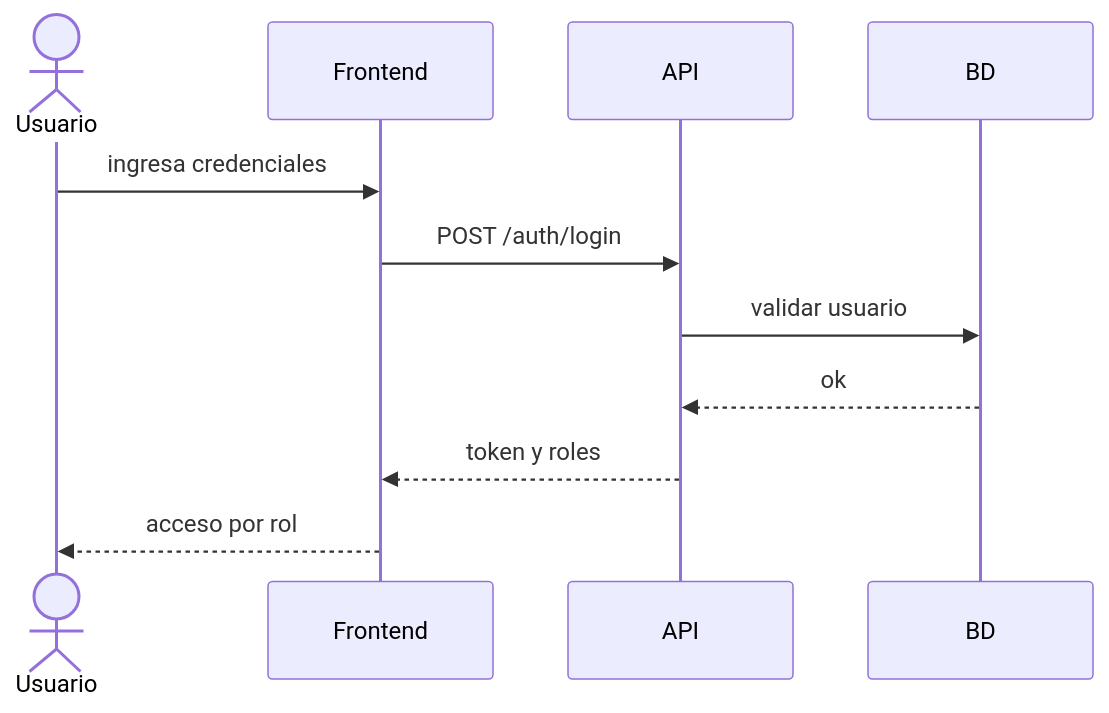
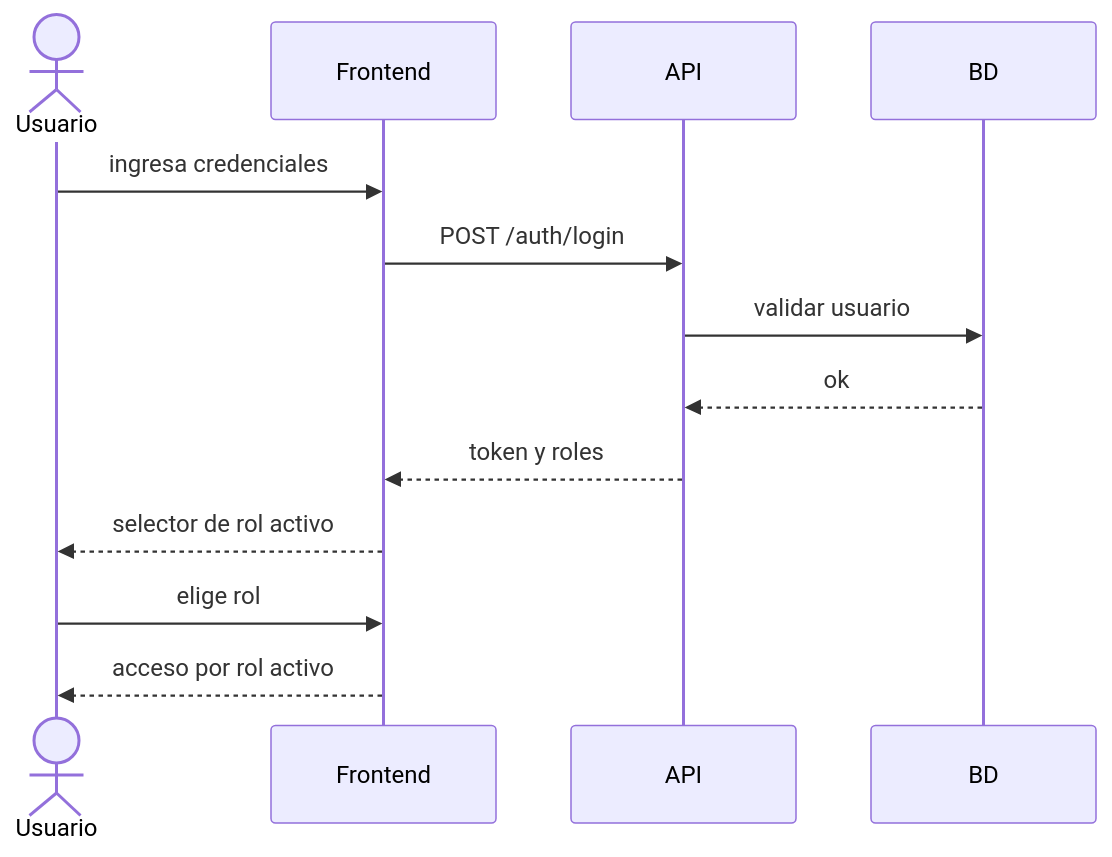
The fifth of 14 diagrams in README.md (elunboundfiremail/WebAppAcademico), drawn with Mermaid before and after one commit.

Commit message:
docs: actualizar secuencia login roles

````diff
--- a/README.md
+++ b/README.md
@@ -360,13 +360,15 @@
 ```mermaid
 sequenceDiagram
   actor U as Usuario
   participant F as Frontend
   participant A as API
   participant BD as BD
   U->>F: ingresa credenciales
   F->>A: POST /auth/login
   A->>BD: validar usuario
   BD-->>A: ok
   A-->>F: token y roles
-  F-->>U: acceso por rol
+  F-->>U: selector de rol activo
+  U->>F: elige rol
+  F-->>U: acceso por rol activo
 ```
````
